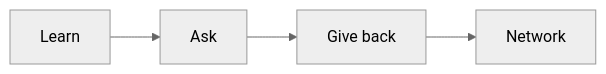
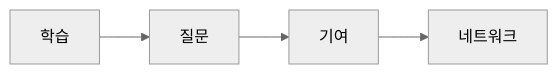
Before and after one commit to yeongseon-books/book-content: the diagram in content/developer-career-101/ko/09-mentoring-networking.md, drawn with Mermaid (neutral theme). The commit also changed other lines of this file and 9 other files, not shown here.

````diff
--- a/content/developer-career-101/ko/09-mentoring-networking.md
+++ b/content/developer-career-101/ko/09-mentoring-networking.md
@@ -33,6 +46,6 @@
 ```mermaid
 flowchart LR
-    L[Learn] --> A[Ask]
-    A --> G[Give back]
-    G --> N[Network]
+    L[학습] --> A[질문]
+    A --> G[기여]
+    G --> N[네트워크]
 ```
````
